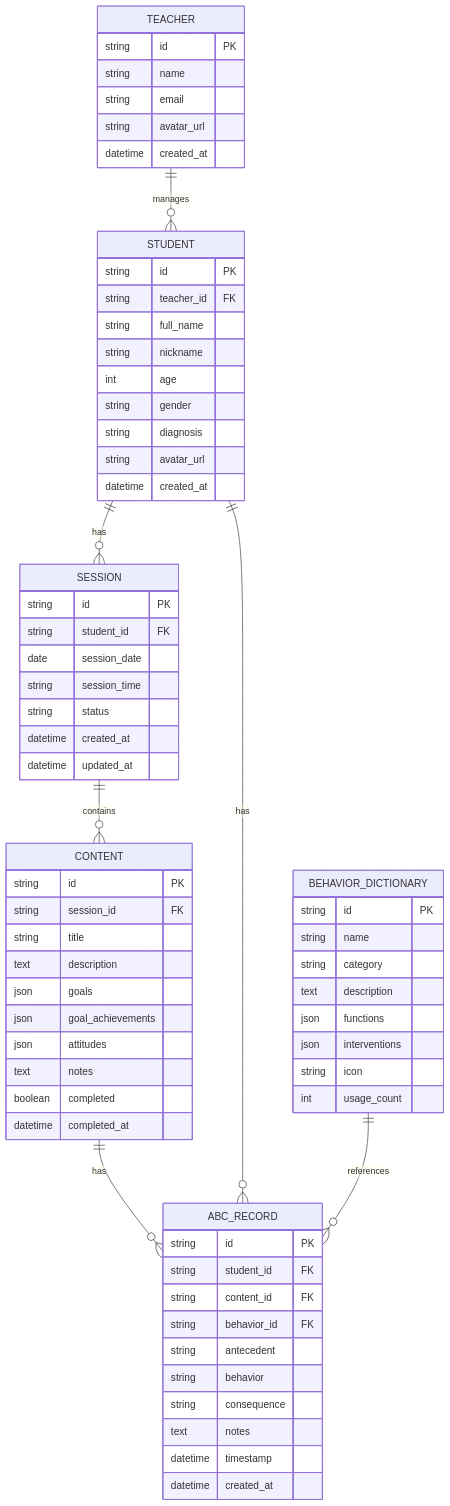
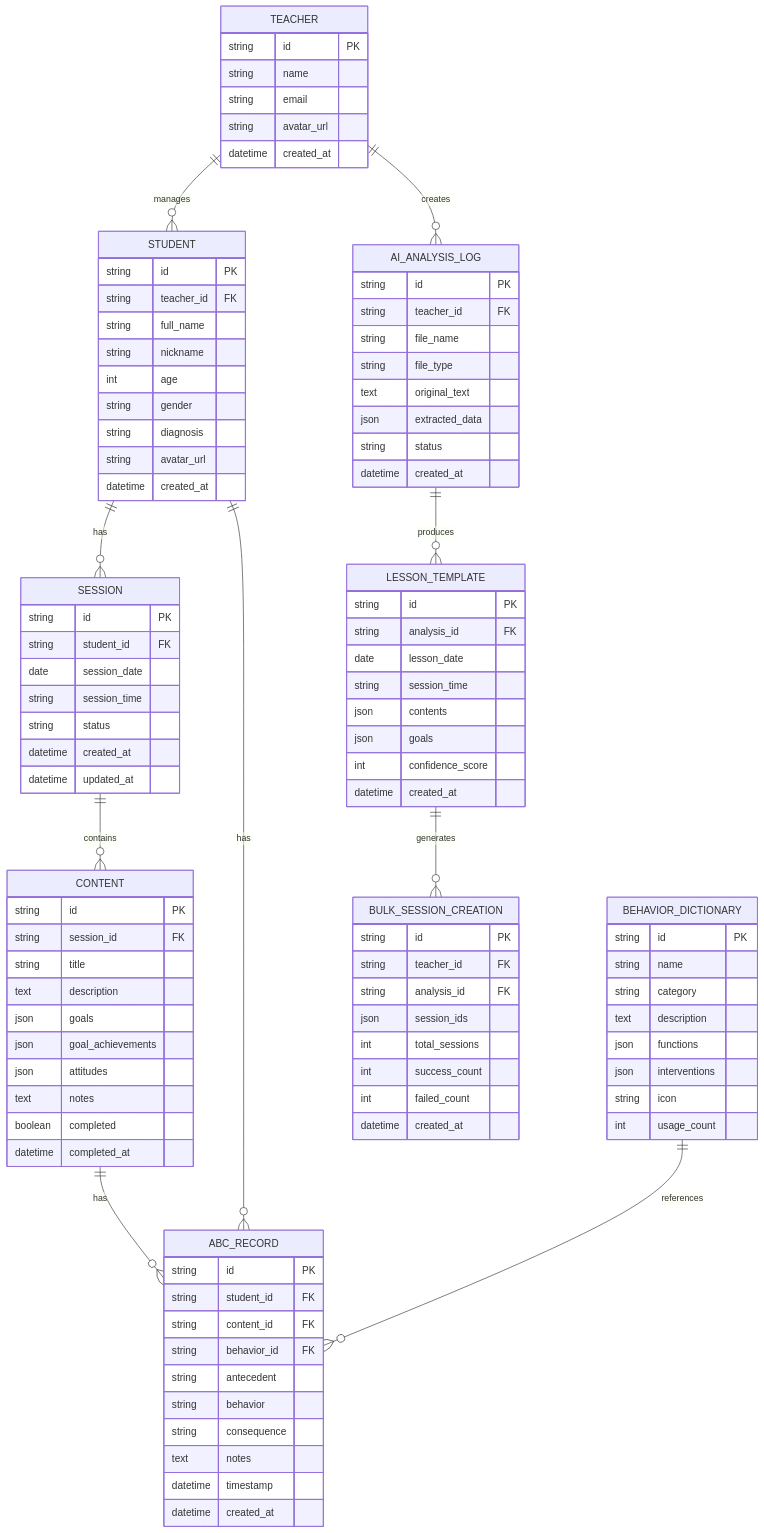
The diagram in DATA_STRUCTURE.md (tranhaohcmus/umx-docs), drawn with Mermaid before and after one commit. The commit also changed other lines of this file and 4 other files, not shown here.

````diff
--- a/DATA_STRUCTURE.md
+++ b/DATA_STRUCTURE.md
@@ -28,6 +28,9 @@
     CONTENT ||--o{ ABC_RECORD : has
     STUDENT ||--o{ ABC_RECORD : has
     BEHAVIOR_DICTIONARY ||--o{ ABC_RECORD : references
+    TEACHER ||--o{ AI_ANALYSIS_LOG : creates
+    AI_ANALYSIS_LOG ||--o{ LESSON_TEMPLATE : produces
+    LESSON_TEMPLATE ||--o{ BULK_SESSION_CREATION : generates
 
     TEACHER {
         string id PK
@@ -95,4 +98,37 @@
         string icon
         int usage_count
     }
+
+    AI_ANALYSIS_LOG {
+        string id PK
+        string teacher_id FK
+        string file_name
+        string file_type
+        text original_text
+        json extracted_data
+        string status
+        datetime created_at
+    }
+
+    LESSON_TEMPLATE {
+        string id PK
+        string analysis_id FK
+        date lesson_date
+        string session_time
+        json contents
+        json goals
+        int confidence_score
+        datetime created_at
+    }
+
+    BULK_SESSION_CREATION {
+        string id PK
+        string teacher_id FK
+        string analysis_id FK
+        json session_ids
+        int total_sessions
+        int success_count
+        int failed_count
+        datetime created_at
+    }
 ```
````
